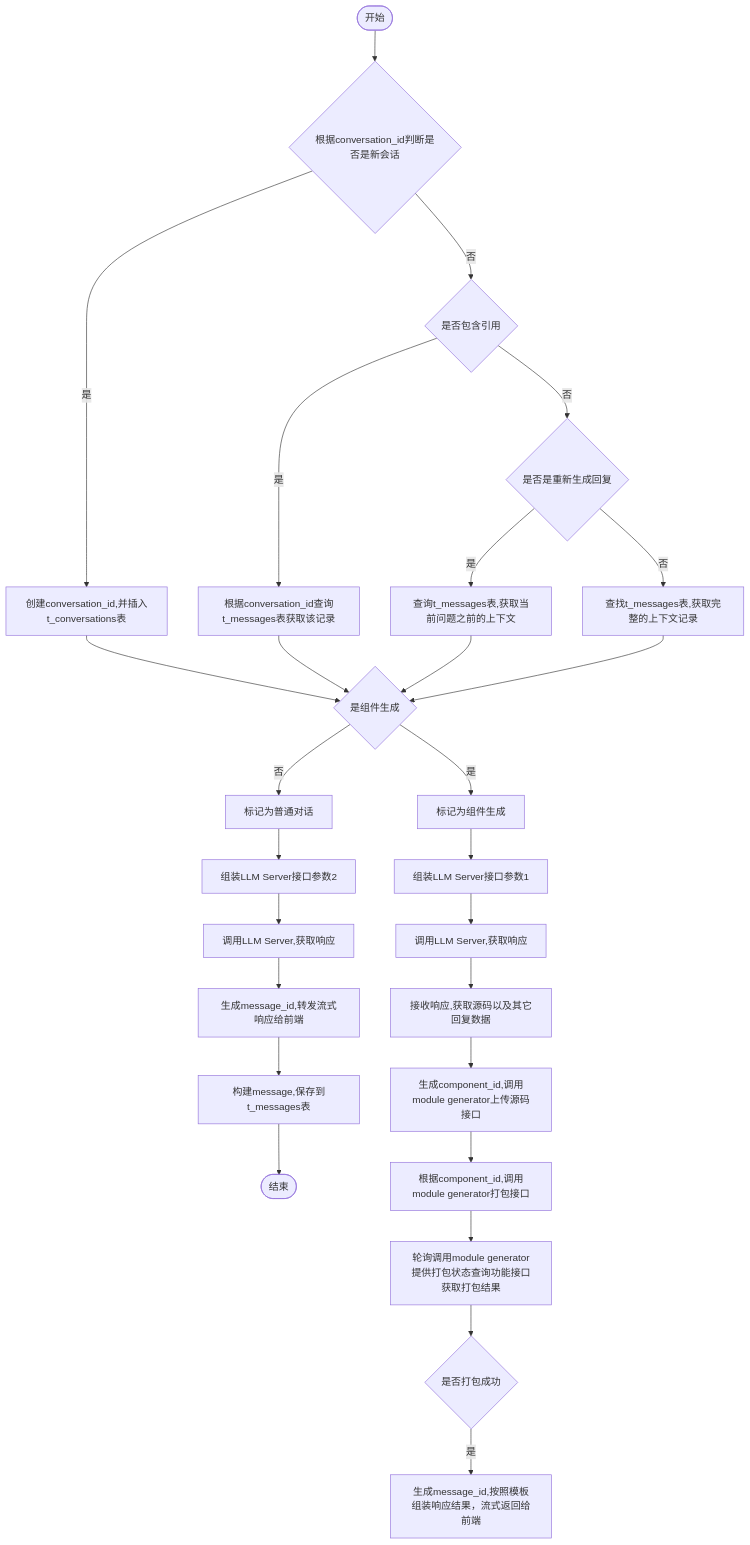
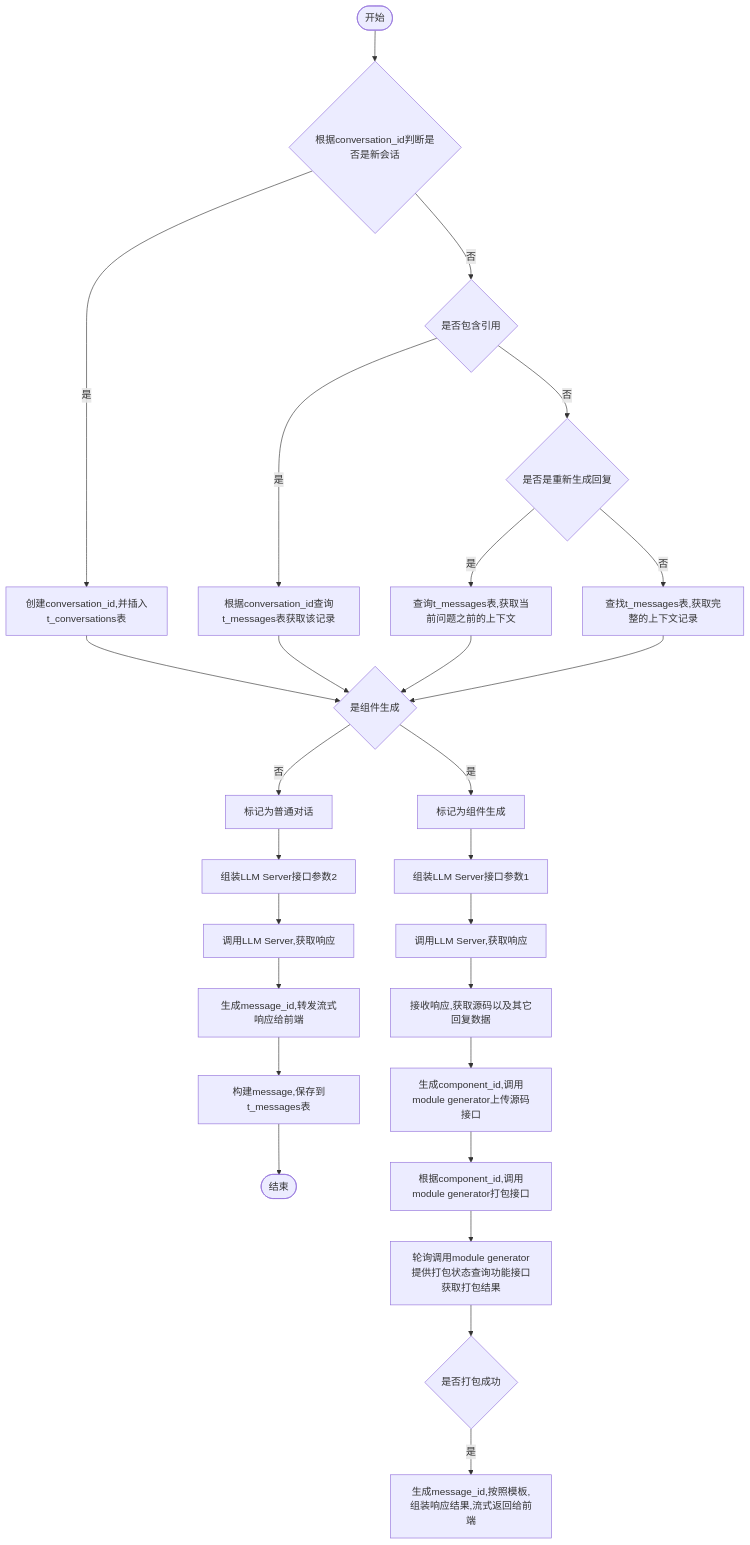
One commit to yingjianzh/iodraw-files changed the diagram in all/未命名-7.md. Above: the diagram before and after it, drawn with Mermaid.

Commit message:
2024-10-12 14:37:36 update

````diff
--- a/all/未命名-7.md
+++ b/all/未命名-7.md
@@ -1,32 +1,33 @@
 ```mermaid
 flowchart TD
     A([开始]) --> B{根据conversation_id判断是否是新会话}
     B -- 是 --> C[创建conversation_id,并插入t_conversations表]
     B -- 否 --> D{是否包含引用}
     D -- 是 --> E[根据conversation_id查询t_messages表获取该记录]
     D -- 否 --> F{是否是重新生成回复}
     F -- 是 --> G[查询t_messages表,获取当前问题之前的上下文]
     F -- 否 --> H[查找t_messages表,获取完整的上下文记录]
      
     C & E & G & H --> I{是组件生成}
     I -- 是 --> J[标记为组件生成]
     I -- 否 --> K[标记为普通对话]
 
     J --> L[组装LLM Server接口参数1]    
     K --> M[组装LLM Server接口参数2]    
     M --> N[调用LLM Server,获取响应]    
     N --> O[生成message_id,转发流式响应给前端]
     O --> P[构建message,保存到t_messages表]
     P --> R([结束])
 
 
     L --> S[调用LLM Server,获取响应]
     S --> T[接收响应,获取源码以及其它回复数据]
     T --> U[生成component_id,调用module generator上传源码接口]
     U --> V[根据component_id,调用module generator打包接口]
     V --> W[轮询调用module generator提供打包状态查询功能接口获取打包结果]
     W --> X{是否打包成功}
-    X -- 是 --> Y[生成message_id,按照模板组装响应结果，流式返回给前端]
+    X -- 是 --> Y[生成message_id,按照模板,组装响应结果,流式返回给前端]
+    
 
 
 ```
````
